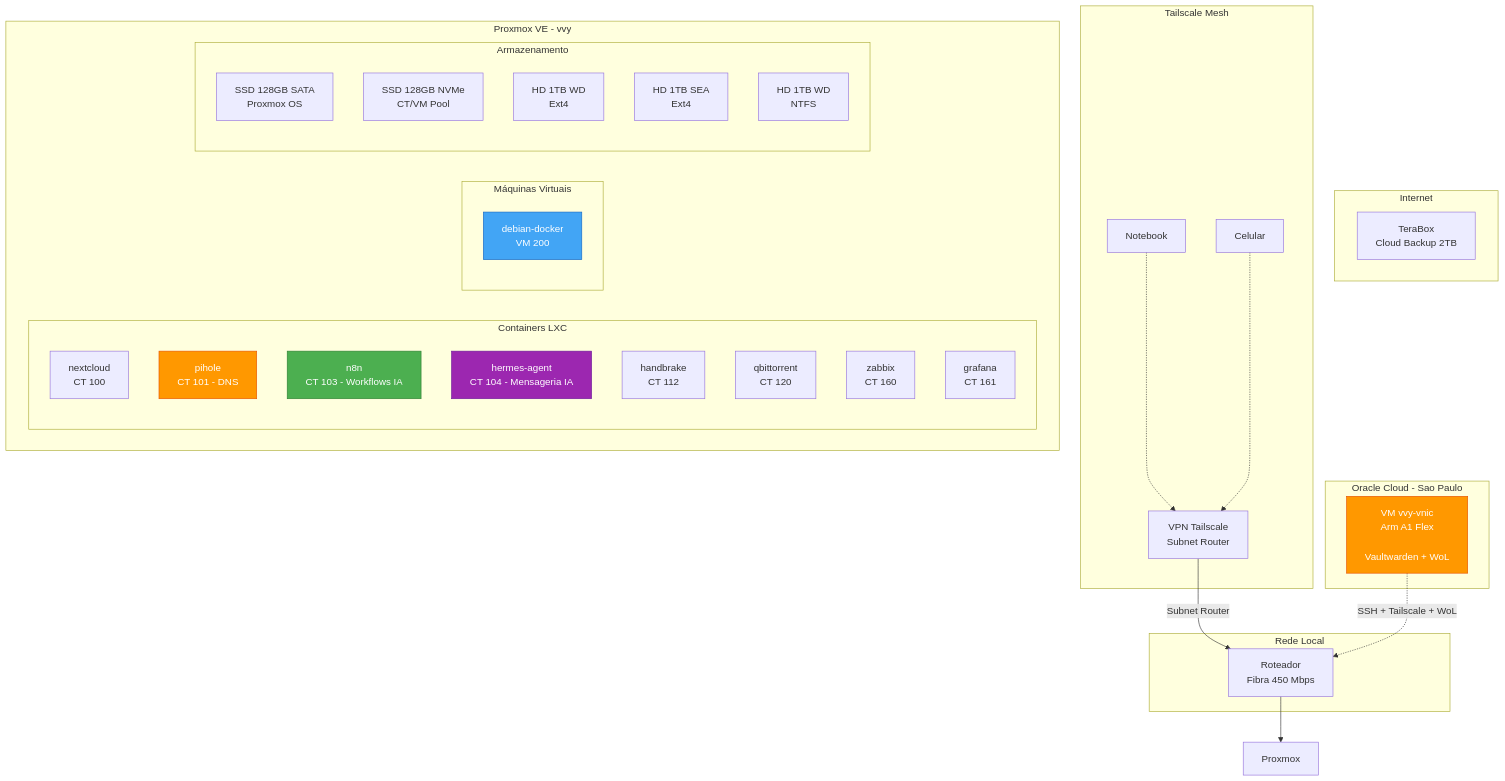
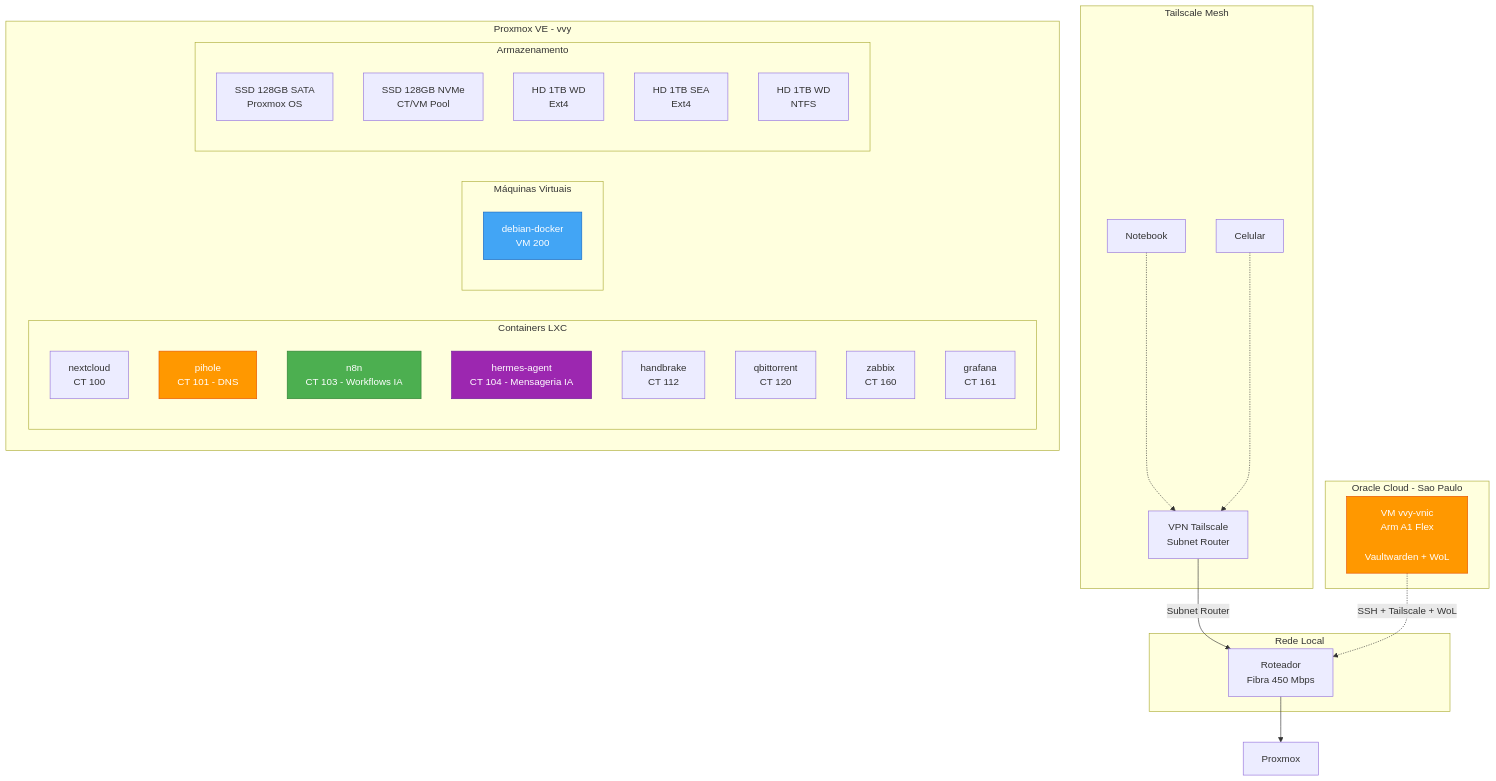
The diagram in README.md (mviniciusy/vvy-homelab), drawn with Mermaid before and after one commit. The commit also changed other lines of this file and 4 other files, not shown here.

Commit message:
docs: remover menções TeraBox — backup agora Google Drive 2TB

````diff
--- a/README.md
+++ b/README.md
@@ -11,57 +11,53 @@
 ```mermaid
 graph TB
-    subgraph Internet
-        TeraBox[TeraBox<br/>Cloud Backup 2TB]
-    end
-
     subgraph Rede Local
         Router[Roteador<br/>Fibra 450 Mbps]
     end
 
     subgraph Tailscale Mesh
         TS[VPN Tailscale<br/>Subnet Router]
         NB[Notebook]
         Phone[Celular]
     end
 
     subgraph OC["Oracle Cloud - Sao Paulo"]
         OCI[VM vvy-vnic<br/>Arm A1 Flex<br/><ORACLE_PUBLIC_IP><br/>Vaultwarden + WoL]
     end
 
     subgraph Proxmox VE - vvy
         subgraph Containers LXC
             NC[nextcloud<br/>CT 100]
             PH[pihole<br/>CT 101 - DNS]
                        N8N[n8n<br/>CT 103 - Workflows IA]
             HER[hermes-agent<br/>CT 104 - Mensageria IA]
             HB[handbrake<br/>CT 112]
             QB[qbittorrent<br/>CT 120]
             ZB[zabbix<br/>CT 160]
             GF[grafana<br/>CT 161]
         end
 
         subgraph Máquinas Virtuais
             DK[debian-docker<br/>VM 200]
         end
 
         subgraph Armazenamento
             SSD1[SSD 128GB SATA<br/>Proxmox OS]
             SSD2[SSD 128GB NVMe<br/>CT/VM Pool]
             HD1[HD 1TB WD<br/>Ext4]
             HD2[HD 1TB SEA<br/>Ext4]
             HD3[HD 1TB WD<br/>NTFS]
         end
     end
 
     Router --> Proxmox
     TS --> |Subnet Router| Router
     NB -.-> TS
     Phone -.-> TS
     OCI -.->|SSH + Tailscale + WoL| Router
 
     style N8N fill:#4caf50,stroke:#2e7d32,color:#fff
     style HER fill:#9c27b0,stroke:#6a1b9a,color:#fff
     style DK fill:#42a5f5,stroke:#1565c0,color:#fff
     style PH fill:#ff9800,stroke:#e65100,color:#fff
     style OCI fill:#ff9800,stroke:#e65100,color:#fff
 ```
````
